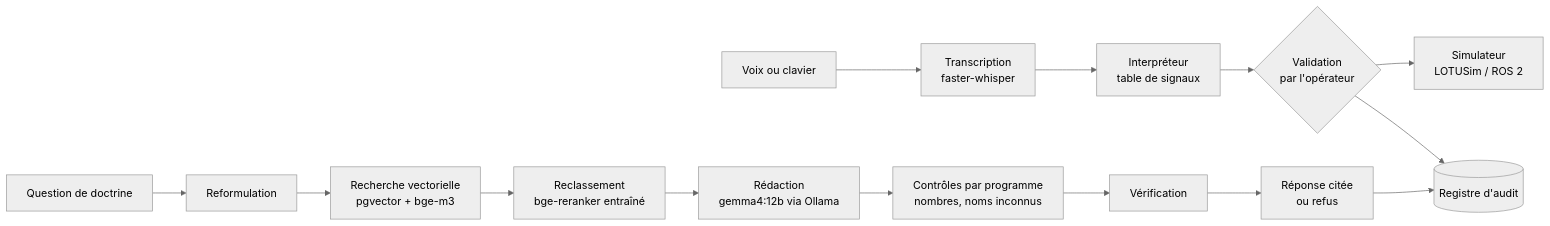
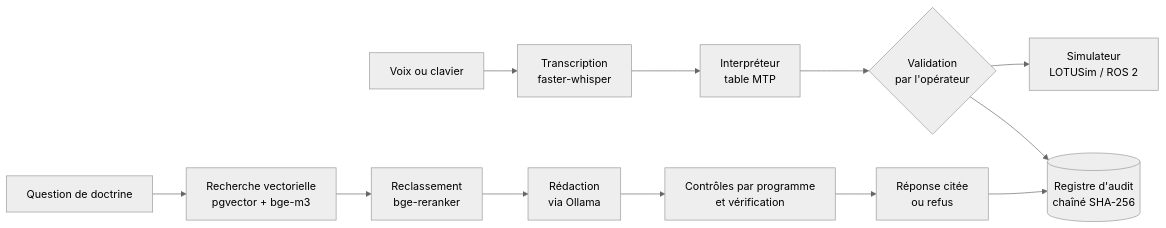
The second of 2 diagrams in README.md (ragguem/Hannibal-x), drawn with Mermaid (neutral theme) before and after one commit. The commit also changed other lines of this file and 42 other files, not shown here.

````diff
--- a/README.md
+++ b/README.md
@@ -55,17 +185,15 @@
 ```mermaid
 flowchart LR
   V[Voix ou clavier] --> W[Transcription<br/>faster-whisper]
-  W --> I[Interpréteur<br/>table de signaux]
+  W --> I[Interpréteur<br/>table MTP]
   I --> O{Validation<br/>par l'opérateur}
   O --> S[Simulateur<br/>LOTUSim / ROS 2]
-  O --> R[(Registre d'audit)]
+  O --> R[(Registre d'audit<br/>chaîné SHA-256)]
 
-  Q[Question de doctrine] --> E[Reformulation]
-  E --> X[Recherche vectorielle<br/>pgvector + bge-m3]
-  X --> K[Reclassement<br/>bge-reranker entraîné]
-  K --> L[Rédaction<br/>gemma4:12b via Ollama]
-  L --> C[Contrôles par programme<br/>nombres, noms inconnus]
-  C --> F[Vérification]
-  F --> A[Réponse citée<br/>ou refus]
+  Q[Question de doctrine] --> X[Recherche vectorielle<br/>pgvector + bge-m3]
+  X --> K[Reclassement<br/>bge-reranker]
+  K --> L[Rédaction<br/>via Ollama]
+  L --> C[Contrôles par programme<br/>et vérification]
+  C --> A[Réponse citée<br/>ou refus]
   A --> R
 ```
````
